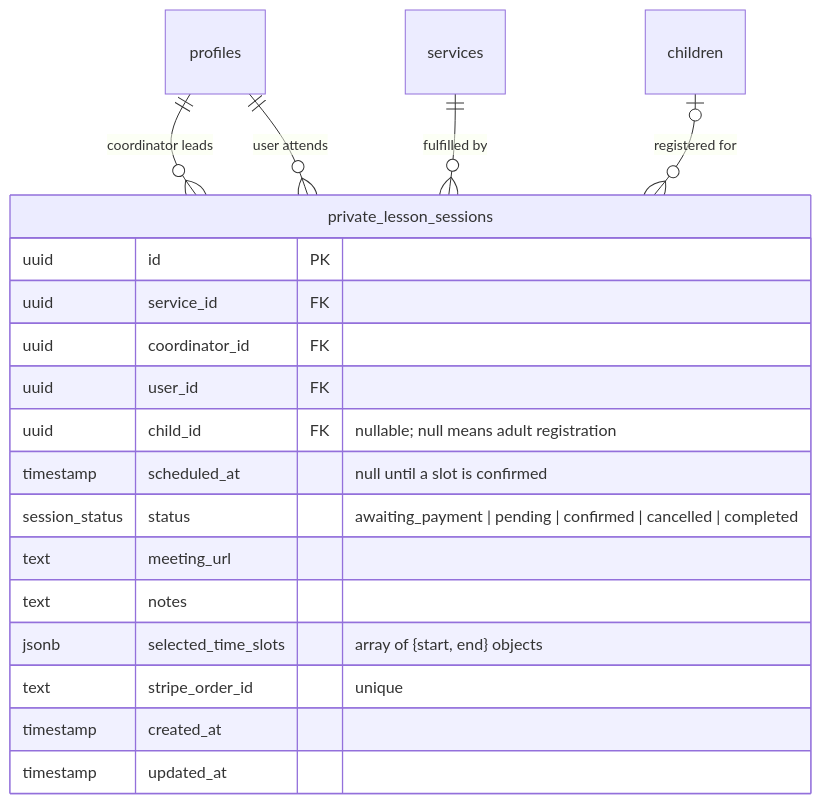
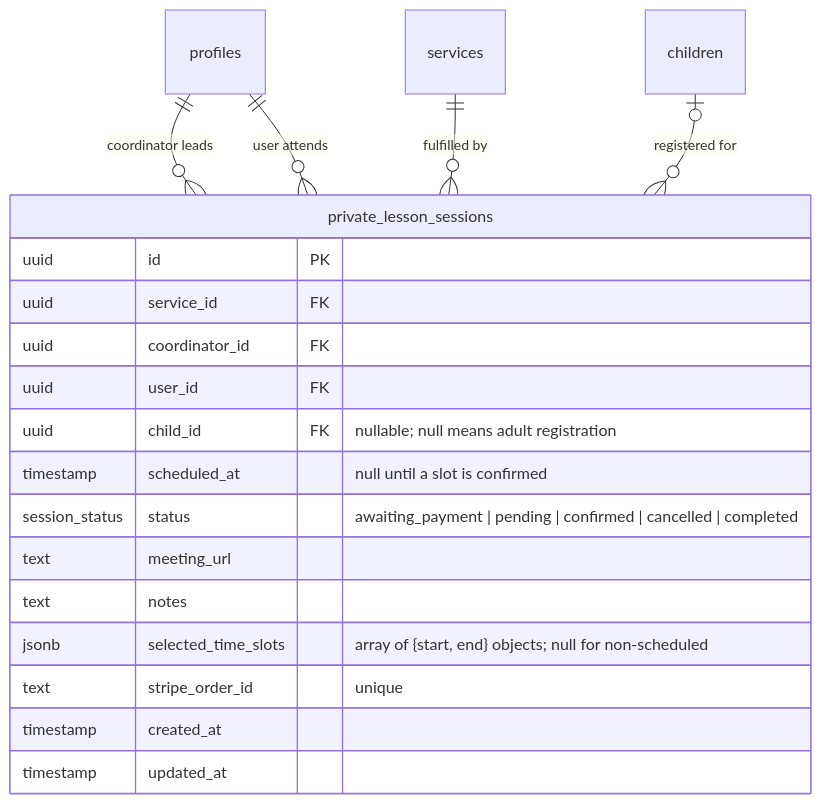
Before and after one commit to hack4impact/mcld-project: the diagram in docs/private-lessons.md, drawn with Mermaid. The commit also changed other lines of this file and 19 other files, not shown here.

````diff
--- a/docs/private-lessons.md
+++ b/docs/private-lessons.md
@@ -6,23 +6,23 @@
 ```mermaid
 erDiagram
     private_lesson_sessions {
         uuid id PK
         uuid service_id FK
         uuid coordinator_id FK
         uuid user_id FK
         uuid child_id FK "nullable; null means adult registration"
         timestamp scheduled_at "null until a slot is confirmed"
         session_status status "awaiting_payment | pending | confirmed | cancelled | completed"
         text meeting_url
         text notes
-        jsonb selected_time_slots "array of {start, end} objects"
+        jsonb selected_time_slots "array of {start, end} objects; null for non-scheduled"
         text stripe_order_id "unique"
         timestamp created_at
         timestamp updated_at
     }
 
     profiles ||--o{ private_lesson_sessions : "coordinator leads"
     profiles ||--o{ private_lesson_sessions : "user attends"
     services ||--o{ private_lesson_sessions : "fulfilled by"
     children |o--o{ private_lesson_sessions : "registered for"
 ```
````
